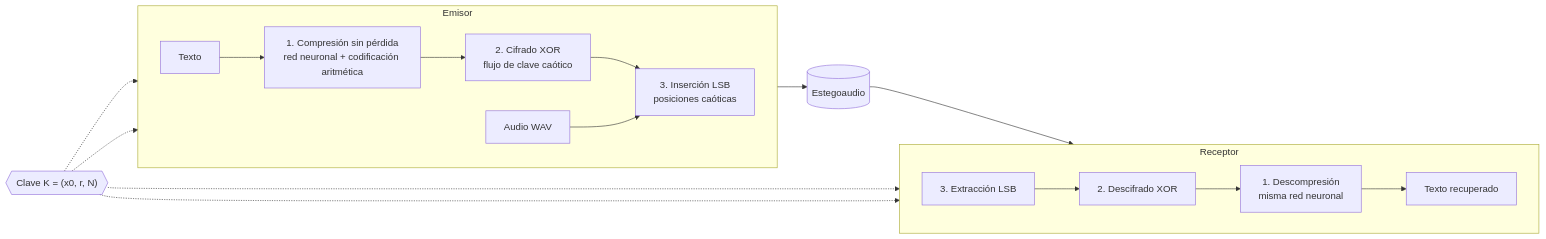
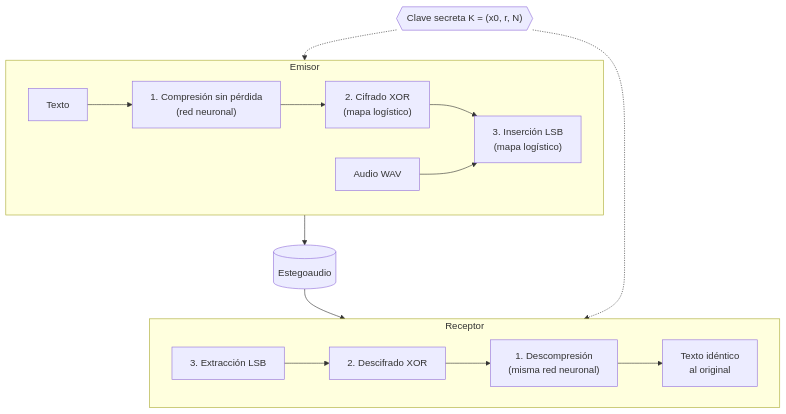
The first of 4 diagrams in README.md (Juferoga/se-tesis), drawn with Mermaid before and after one commit. The commit also changed other lines of this file, not shown here.

Commit message:
docs: diagramas del README en orientación vertical

````diff
--- a/README.md
+++ b/README.md
@@ -31,22 +31,21 @@
 ```mermaid
-flowchart LR
+flowchart TB
+    K{{"Clave secreta K = (x0, r, N)"}}
     subgraph E["Emisor"]
         direction LR
-        T["Texto"] --> C["1. Compresión sin pérdida<br/>red neuronal + codificación aritmética"]
-        C --> X["2. Cifrado XOR<br/>flujo de clave caótico"]
-        X --> L["3. Inserción LSB<br/>posiciones caóticas"]
+        T["Texto"] --> C["1. Compresión sin pérdida<br/>(red neuronal)"]
+        C --> X["2. Cifrado XOR<br/>(mapa logístico)"]
+        X --> L["3. Inserción LSB<br/>(mapa logístico)"]
         A["Audio WAV"] --> L
     end
     L --> S[("Estegoaudio")]
     subgraph R["Receptor"]
         direction LR
         L2["3. Extracción LSB"] --> X2["2. Descifrado XOR"]
-        X2 --> C2["1. Descompresión<br/>misma red neuronal"]
-        C2 --> T2["Texto recuperado"]
+        X2 --> C2["1. Descompresión<br/>(misma red neuronal)"]
+        C2 --> T2["Texto idéntico<br/>al original"]
     end
     S --> L2
-    K{{"Clave K = (x0, r, N)"}} -.-> X
-    K -.-> L
-    K -.-> L2
-    K -.-> X2
+    K -.-> E
+    K -.-> R
 ```
````
